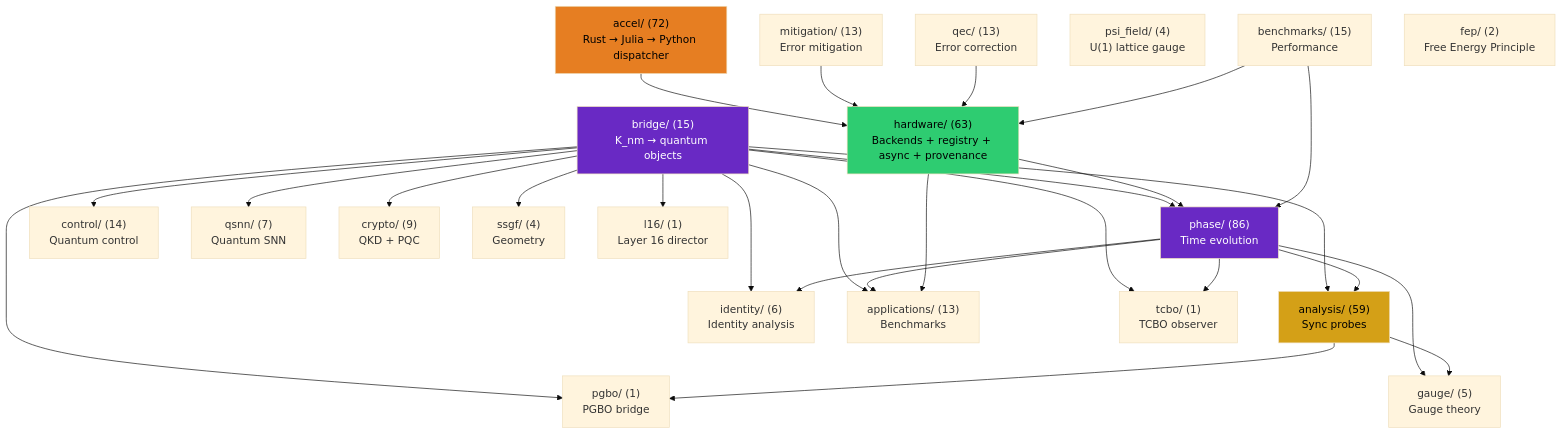
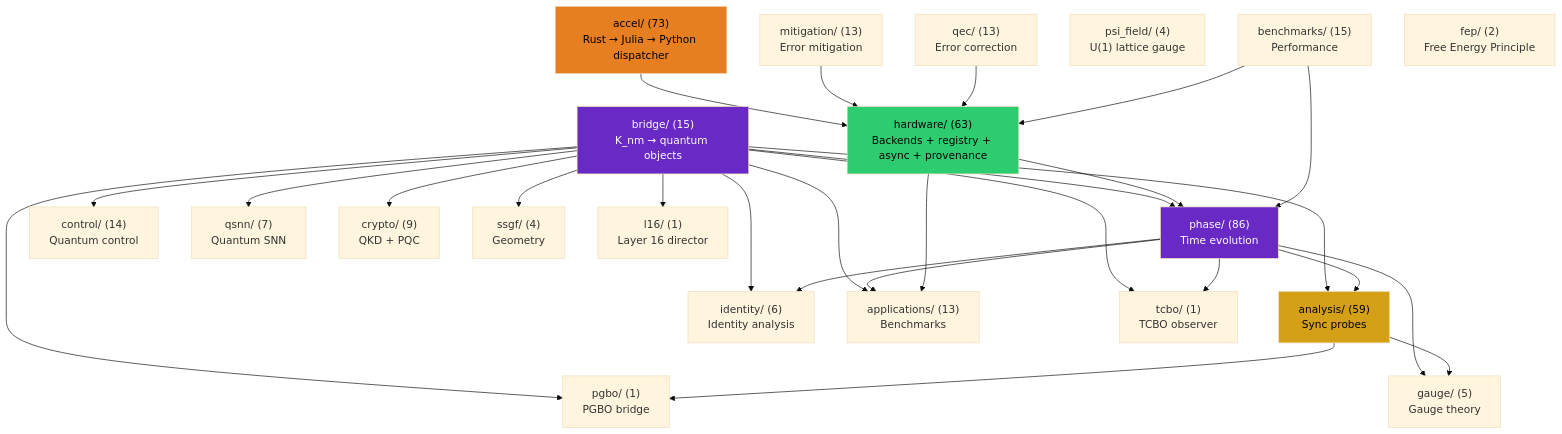
The first of 4 diagrams in docs/architecture.md (anulum/scpn-quantum-control), drawn with Mermaid (base theme) before and after one commit. The commit also changed 9 other files, not shown here.

````diff
--- a/docs/architecture.md
+++ b/docs/architecture.md
@@ -91,55 +91,55 @@
 ```mermaid
 graph TD
     bridge["bridge/ (15)\nK_nm → quantum objects"]
     phase["phase/ (86)\nTime evolution"]
     analysis["analysis/ (59)\nSync probes"]
     control["control/ (14)\nQuantum control"]
     qsnn["qsnn/ (7)\nQuantum SNN"]
     identity["identity/ (6)\nIdentity analysis"]
     hardware["hardware/ (63)\nBackends + registry + async + provenance"]
     mitigation["mitigation/ (13)\nError mitigation"]
     qec["qec/ (13)\nError correction"]
     gauge["gauge/ (5)\nGauge theory"]
     apps["applications/ (13)\nBenchmarks"]
     crypto["crypto/ (9)\nQKD + PQC"]
     benchmarks["benchmarks/ (15)\nPerformance"]
     ssgf["ssgf/ (4)\nGeometry"]
     psi_field["psi_field/ (4)\nU(1) lattice gauge"]
-    accel["accel/ (72)\nRust → Julia → Python dispatcher"]
+    accel["accel/ (73)\nRust → Julia → Python dispatcher"]
     fep["fep/ (2)\nFree Energy Principle"]
     tcbo["tcbo/ (1)\nTCBO observer"]
     pgbo["pgbo/ (1)\nPGBO bridge"]
     l16["l16/ (1)\nLayer 16 director"]
 
     bridge --> phase
     bridge --> analysis
     bridge --> control
     bridge --> qsnn
     bridge --> identity
     bridge --> apps
     bridge --> crypto
     bridge --> ssgf
     phase --> analysis
     phase --> identity
     phase --> apps
     phase --> gauge
     analysis --> gauge
     hardware --> phase
     hardware --> apps
     accel --> hardware
     mitigation --> hardware
     qec --> hardware
     benchmarks --> phase
     benchmarks --> hardware
     bridge --> tcbo
     bridge --> pgbo
     bridge --> l16
     phase --> tcbo
     analysis --> pgbo
 
     style bridge fill:#6929C4,color:#fff
     style analysis fill:#d4a017,color:#000
     style phase fill:#6929C4,color:#fff
     style hardware fill:#2ecc71,color:#000
     style accel fill:#e67e22,color:#000
 ```
````
